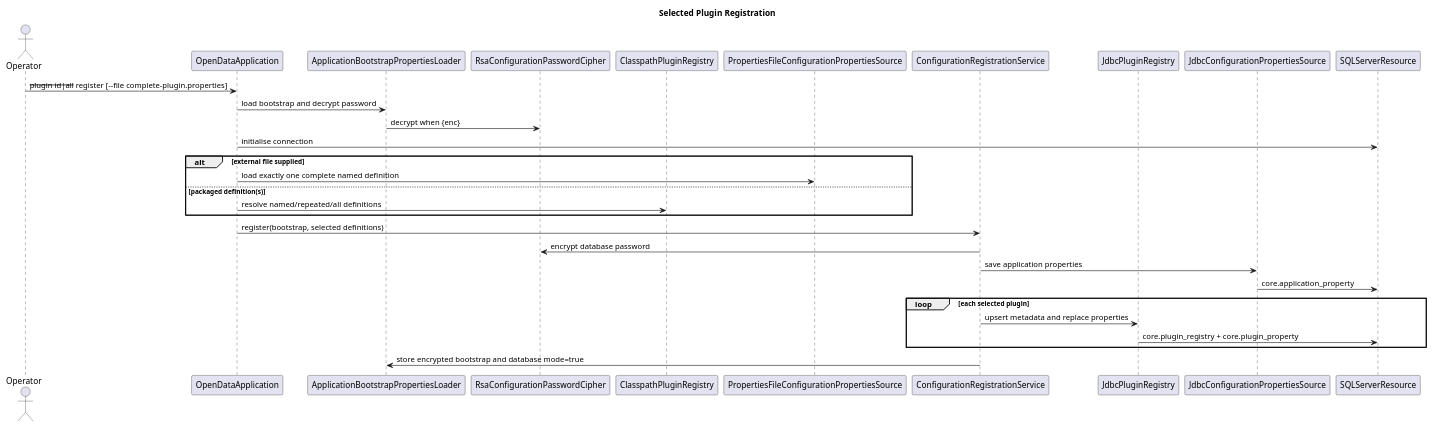
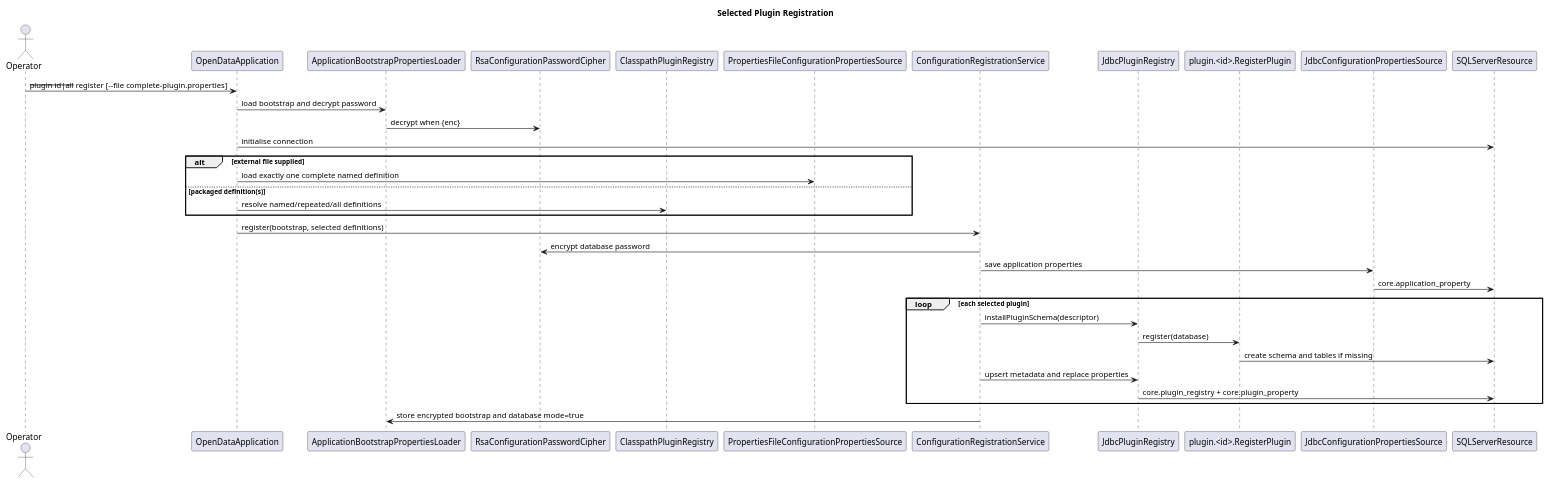
Before and after one commit to TerryCurranZellis/OpenData: the diagram in docs/diagrams/source/configuration-registration-sequence.puml, drawn with PlantUML. The commit also changed 58 other files, not shown here.

Commit message:
Update documentation and puml diagrams, add generated SVGs

```diff
--- a/docs/diagrams/source/configuration-registration-sequence.puml
+++ b/docs/diagrams/source/configuration-registration-sequence.puml
@@ -1,32 +1,36 @@
 @startuml
 title Selected Plugin Registration
 actor Operator
 participant OpenDataApplication as Application
 participant ApplicationBootstrapPropertiesLoader as Bootstrap
 participant RsaConfigurationPasswordCipher as Cipher
 participant ClasspathPluginRegistry as Catalogue
 participant PropertiesFileConfigurationPropertiesSource as ExternalFile
 participant ConfigurationRegistrationService as Register
 participant JdbcPluginRegistry as Registry
+participant "plugin.<id>.RegisterPlugin" as RegisterPlugin
 participant JdbcConfigurationPropertiesSource as Properties
 participant SQLServerResource as SQL
 
 Operator -> Application : --plugin id|all --register [--file complete-plugin.properties]
 Application -> Bootstrap : load bootstrap and decrypt password
 Bootstrap -> Cipher : decrypt when {enc}
 Application -> SQL : initialise connection
 alt external file supplied
   Application -> ExternalFile : load exactly one complete named definition
 else packaged definition(s)
   Application -> Catalogue : resolve named/repeated/all definitions
 end
 Application -> Register : register(bootstrap, selected definitions)
 Register -> Cipher : encrypt database password
 Register -> Properties : save application properties
 Properties -> SQL : core.application_property
 loop each selected plugin
+  Register -> Registry : installPluginSchema(descriptor)
+  Registry -> RegisterPlugin : register(database)
+  RegisterPlugin -> SQL : create schema and tables if missing
   Register -> Registry : upsert metadata and replace properties
   Registry -> SQL : core.plugin_registry + core.plugin_property
 end
 Register -> Bootstrap : store encrypted bootstrap and database mode=true
 @enduml
```
